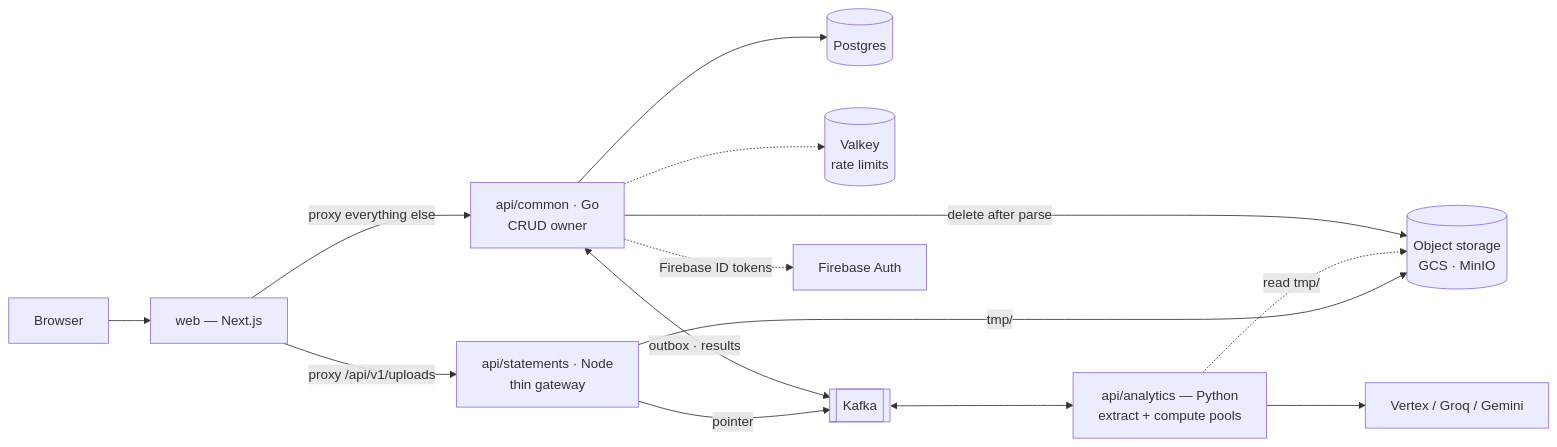
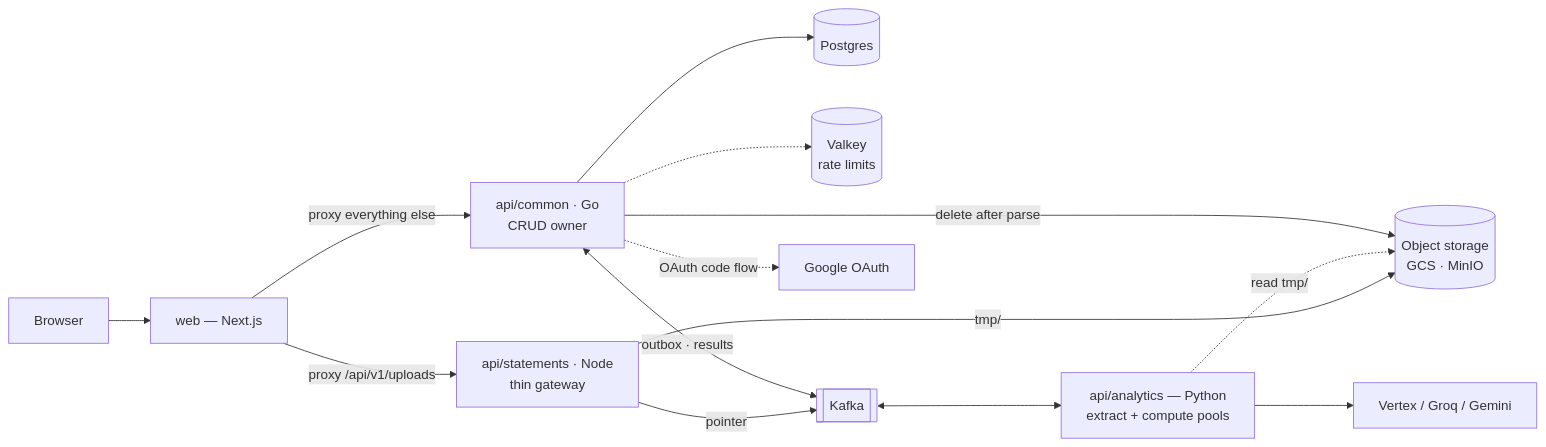
Before and after one commit to cuesoftinc/expendit: the first of 4 diagrams in docs/architecture.md, drawn with Mermaid. The commit also changed other lines of this file and 70 other files, not shown here.

First line of the commit message:
feat: sign in with Google through the API handoff flow (#357)

````diff
--- a/docs/architecture.md
+++ b/docs/architecture.md
@@ -11,16 +11,16 @@
 ```mermaid
 flowchart LR
     BR[Browser] --> WEB[web — Next.js]
     WEB -->|proxy /api/v1/uploads| ST[api/statements · Node<br/>thin gateway]
     WEB -->|proxy everything else| CM[api/common · Go<br/>CRUD owner]
     CM --> PG[(Postgres)]
     CM -.-> R[(Valkey<br/>rate limits)]
     ST -->|tmp/| OS[(Object storage<br/>GCS · MinIO)]
     AN -.->|read tmp/| OS
     CM -->|delete after parse| OS
     ST -->|pointer| K[[Kafka]]
     CM <-->|outbox · results| K
     K <--> AN[api/analytics — Python<br/>extract + compute pools]
     AN --> AI[Vertex / Groq / Gemini]
-    CM -.->|Firebase ID tokens| FB[Firebase Auth]
+    CM -.->|OAuth code flow| FB[Google OAuth]
 ```
````
